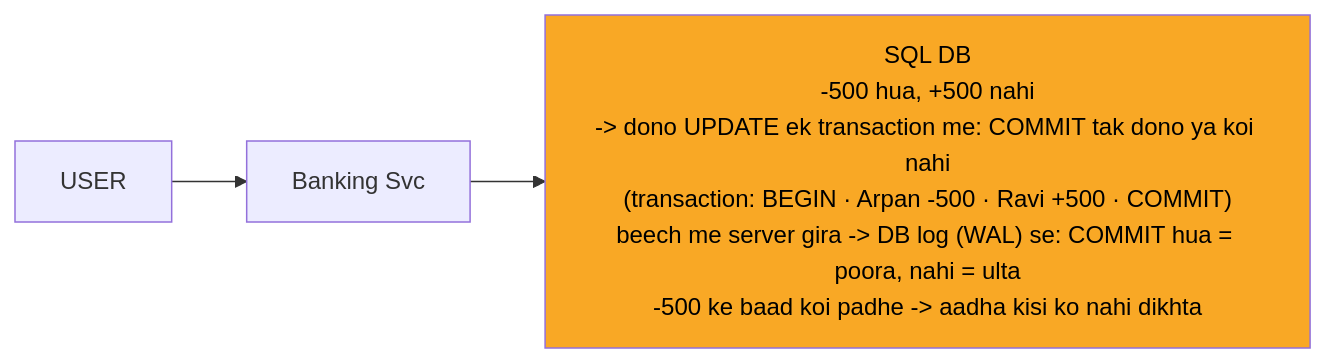
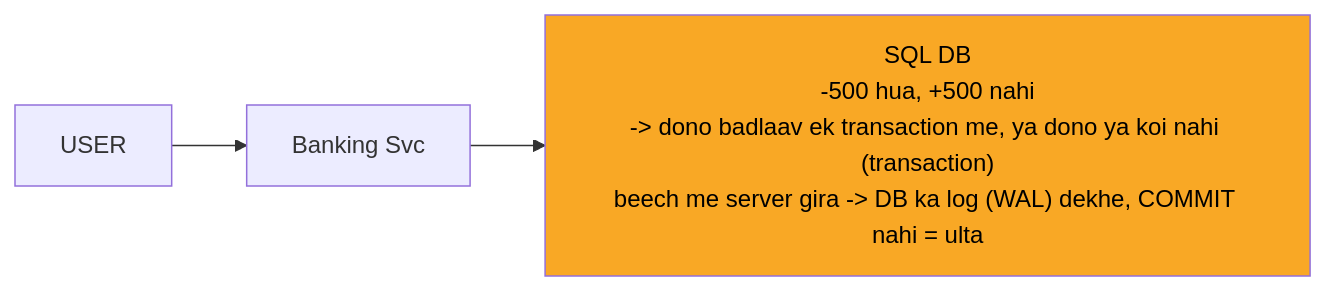
Before and after one commit to ArpanMaheshwari144/Prep: the diagram in 04_HLD/SYSTEM_DESIGNS/13_banking_system/img/c1.mmd, drawn with Mermaid. The commit also changed 76 other files, not shown here.

```diff
--- a/04_HLD/SYSTEM_DESIGNS/13_banking_system/img/c1.mmd
+++ b/04_HLD/SYSTEM_DESIGNS/13_banking_system/img/c1.mmd
@@ -1,8 +1,8 @@
 %%{init: {"flowchart": {"wrappingWidth": 450}}}%%
 flowchart LR
     n_USER["USER"]
     n_SVC["Banking Svc"]
-    n_DB["SQL DB<br/>-500 hua, +500 nahi<br/>-> dono UPDATE ek transaction me: COMMIT tak dono ya koi nahi<br/>(transaction: BEGIN · Arpan -500 · Ravi +500 · COMMIT)<br/>beech me server gira -> DB log (WAL) se: COMMIT hua = poora, nahi = ulta<br/>-500 ke baad koi padhe -> aadha kisi ko nahi dikhta"]
+    n_DB["SQL DB<br/>-500 hua, +500 nahi<br/>-> dono badlaav ek transaction me, ya dono ya koi nahi (transaction)<br/>beech me server gira -> DB ka log (WAL) dekhe, COMMIT nahi = ulta"]
     n_USER --> n_SVC
     n_SVC --> n_DB
     style n_DB fill:#f9a825,color:#000
```
